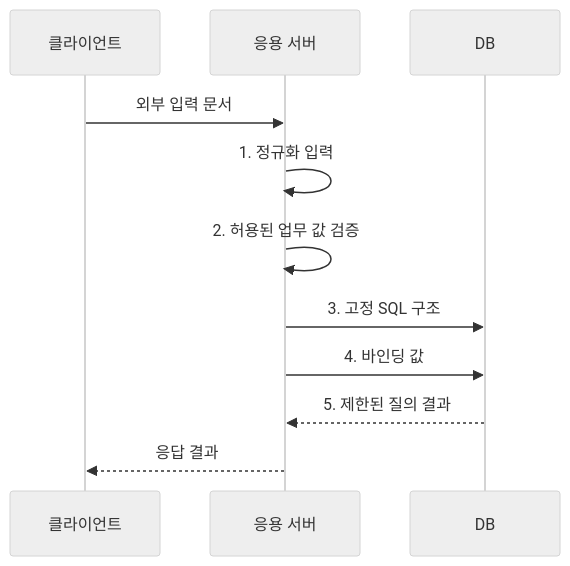
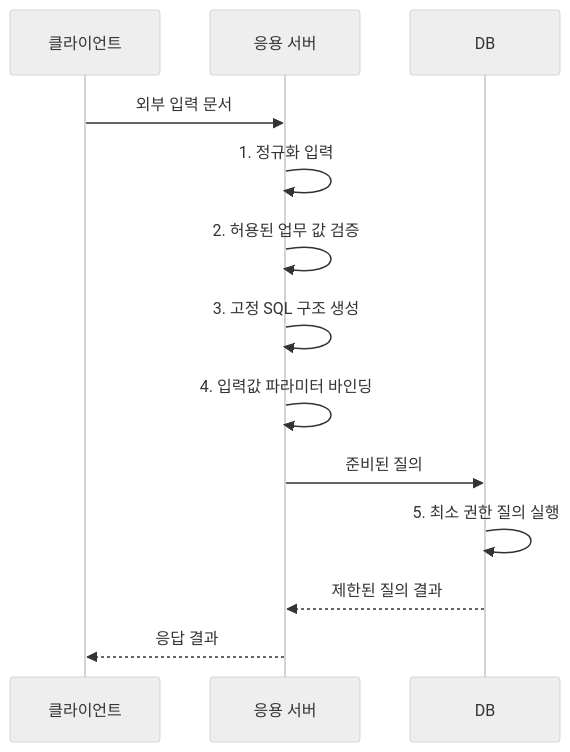
Before and after one commit to agnusdei1207/knowledge-base: the second of 2 diagrams in src/content/docs/notes/05-security/052_input_validation.md, drawn with Mermaid (neutral theme). The commit also changed other lines of this file and 19 other files, not shown here.

````diff
--- a/src/content/docs/notes/05-security/052_input_validation.md
+++ b/src/content/docs/notes/05-security/052_input_validation.md
@@ -100,13 +100,15 @@
 ```mermaid
 sequenceDiagram
     participant C as 클라이언트
     participant A as 응용 서버
     participant D as DB
     C->>A: 외부 입력 문서
     A->>A: 1. 정규화 입력
     A->>A: 2. 허용된 업무 값 검증
-    A->>D: 3. 고정 SQL 구조
-    A->>D: 4. 바인딩 값
-    D-->>A: 5. 제한된 질의 결과
+    A->>A: 3. 고정 SQL 구조 생성
+    A->>A: 4. 입력값 파라미터 바인딩
+    A->>D: 준비된 질의
+    D->>D: 5. 최소 권한 질의 실행
+    D-->>A: 제한된 질의 결과
     A-->>C: 응답 결과
 ```
````
